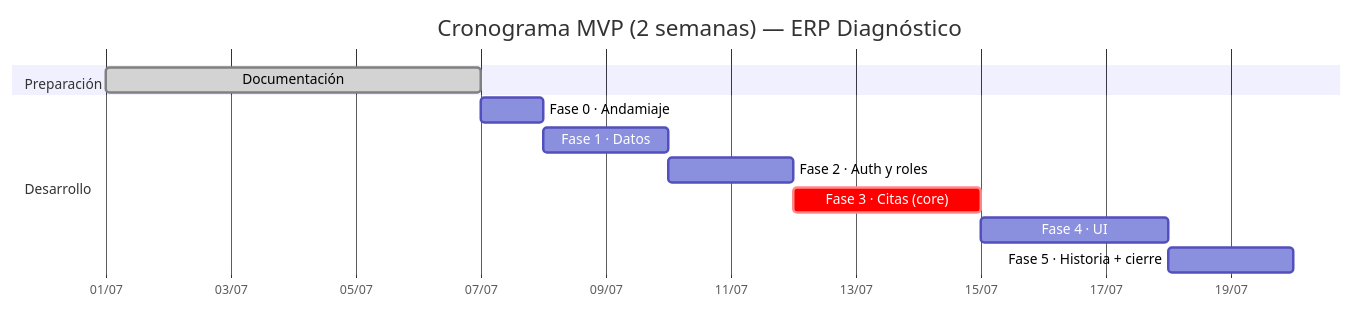
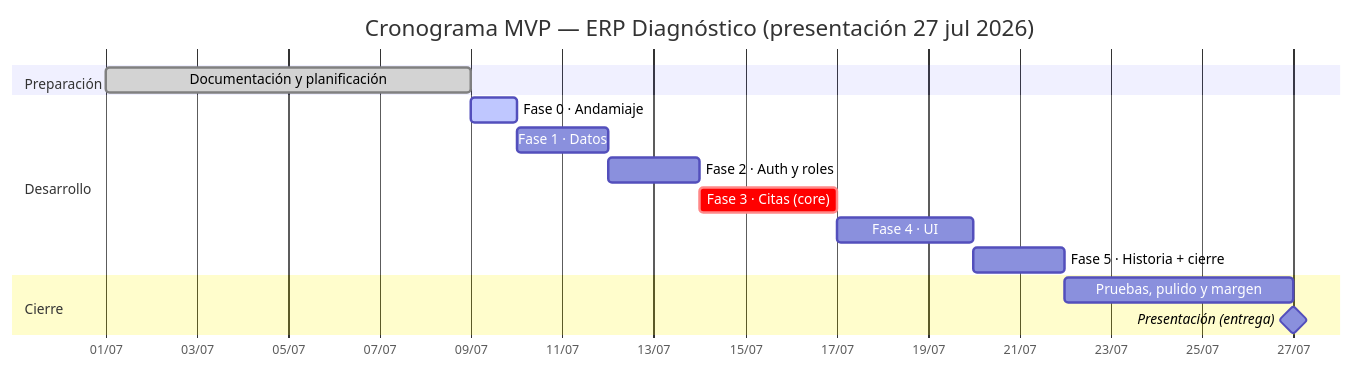
The diagram in docs/ROADMAP.md (DhanaCorredor/diagnostico-backend), drawn with Mermaid before and after one commit. The commit also changed other lines of this file, not shown here.

Commit message:
docs: re-baseline schedule from today (presentation 2026-07-27)
Move the Gantt start to 2026-07-09 with the same phase durations, add a QA/buffer phase and a presentation milestone on 2026-07-27.

````diff
--- a/docs/ROADMAP.md
+++ b/docs/ROADMAP.md
@@ -73,17 +73,21 @@
 ```mermaid
 gantt
-    title Cronograma MVP (2 semanas) — ERP Diagnóstico
+    title Cronograma MVP — ERP Diagnóstico (presentación 27 jul 2026)
     dateFormat  YYYY-MM-DD
     axisFormat  %d/%m
 
     section Preparación
-    Documentación            :done,    doc, 2026-07-01, 6d
+    Documentación y planificación :done, doc, 2026-07-01, 2026-07-09
 
     section Desarrollo
-    Fase 0 · Andamiaje           :         f0, after doc, 1d
-    Fase 1 · Datos               :         f1, after f0, 2d
-    Fase 2 · Auth y roles        :         f2, after f1, 2d
-    Fase 3 · Citas (core)        :crit,    f3, after f2, 3d
-    Fase 4 · UI                  :         f4, after f3, 3d
-    Fase 5 · Historia + cierre   :         f5, after f4, 2d
+    Fase 0 · Andamiaje         :active, f0, 2026-07-09, 1d
+    Fase 1 · Datos             :        f1, after f0, 2d
+    Fase 2 · Auth y roles      :        f2, after f1, 2d
+    Fase 3 · Citas (core)      :crit,   f3, after f2, 3d
+    Fase 4 · UI                :        f4, after f3, 3d
+    Fase 5 · Historia + cierre :        f5, after f4, 2d
+
+    section Cierre
+    Pruebas, pulido y margen   :        qa, after f5, 5d
+    Presentación (entrega)     :milestone, pres, 2026-07-27, 0d
 ```
````
